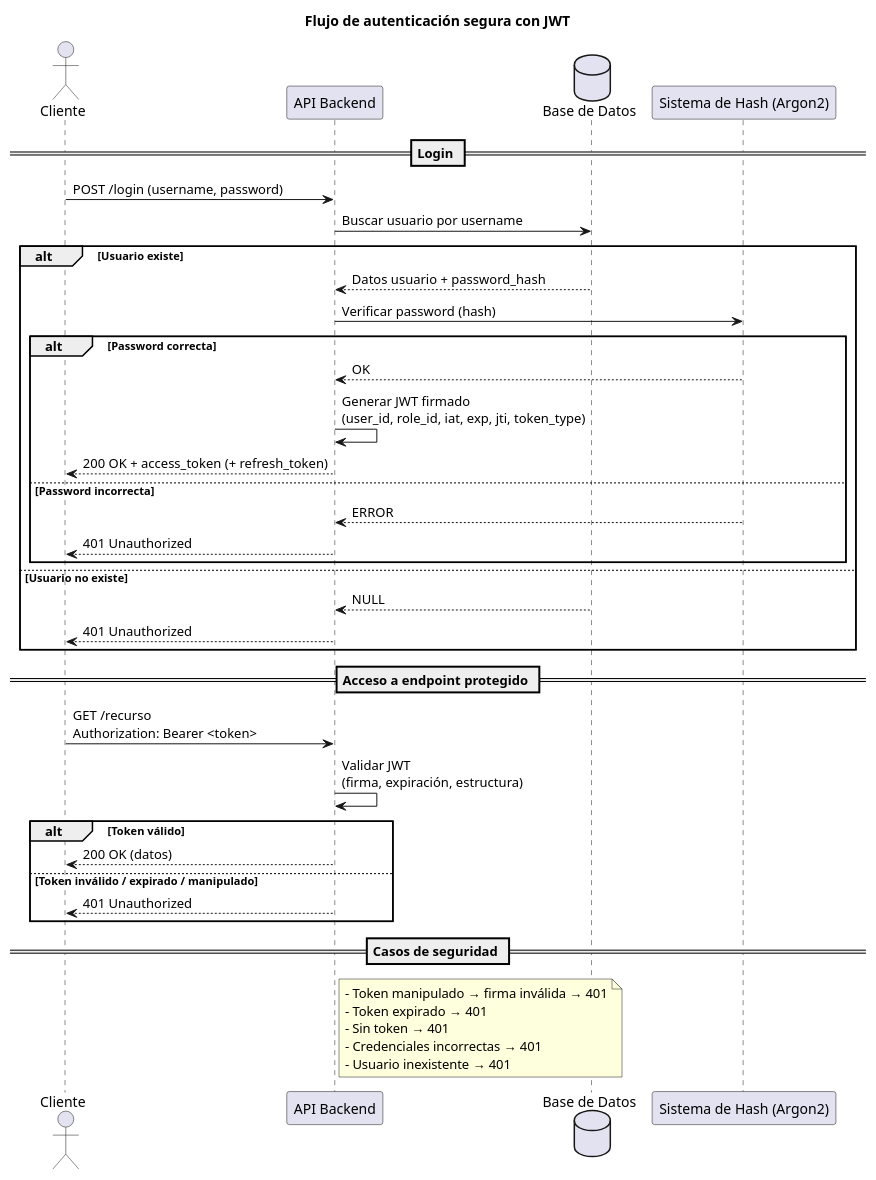
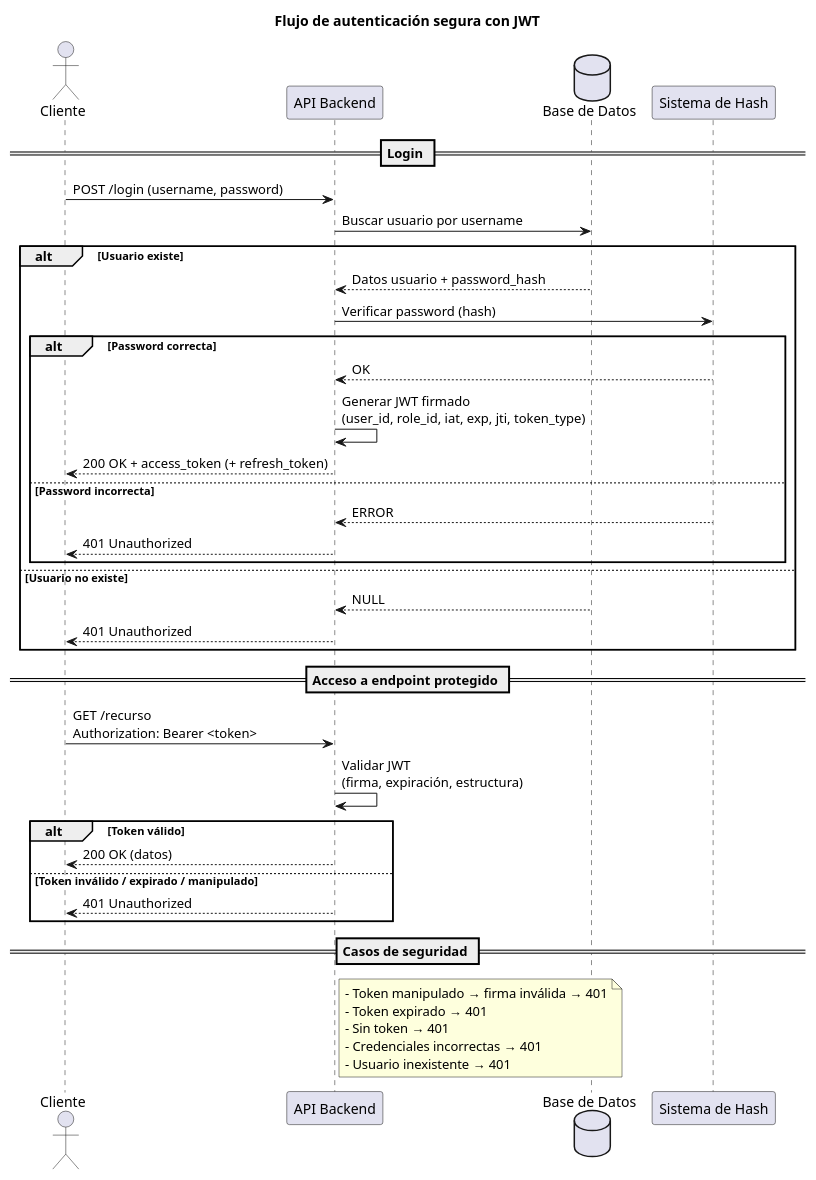
Before and after one commit to GemaBT/GBT_TFM_F: the diagram in flujo_autenticacion_segura.puml, drawn with PlantUML. The commit also changed 18 other files, not shown here.

```diff
--- a/flujo_autenticacion_segura.puml
+++ b/flujo_autenticacion_segura.puml
@@ -1,53 +1,53 @@
 @startuml
 title Flujo de autenticación segura con JWT
 
 actor Cliente
 participant "API Backend" as API
 database "Base de Datos" as DB
-participant "Sistema de Hash (Argon2)" as Argon2
+participant "Sistema de Hash" as Hash
 
 == Login ==
 Cliente -> API : POST /login (username, password)
 API -> DB : Buscar usuario por username
 
 alt Usuario existe
     DB --> API : Datos usuario + password_hash
-    API -> Argon2 : Verificar password (hash)
-    
+    API -> Hash : Verificar password (hash)
+
     alt Password correcta
-        Argon2 --> API : OK
-        
+        Hash --> API : OK
+
         API -> API : Generar JWT firmado\n(user_id, role_id, iat, exp, jti, token_type)
         API --> Cliente : 200 OK + access_token (+ refresh_token)
-        
+
     else Password incorrecta
-        Argon2 --> API : ERROR
+        Hash --> API : ERROR
         API --> Cliente : 401 Unauthorized
     end
 
 else Usuario no existe
     DB --> API : NULL
     API --> Cliente : 401 Unauthorized
 end
 
 == Acceso a endpoint protegido ==
 Cliente -> API : GET /recurso\nAuthorization: Bearer <token>
 
 API -> API : Validar JWT\n(firma, expiración, estructura)
 
 alt Token válido
     API --> Cliente : 200 OK (datos)
 else Token inválido / expirado / manipulado
     API --> Cliente : 401 Unauthorized
 end
 
 == Casos de seguridad ==
 note right of API
 - Token manipulado → firma inválida → 401
 - Token expirado → 401
 - Sin token → 401
 - Credenciales incorrectas → 401
 - Usuario inexistente → 401
 end note
 
 @enduml
```
